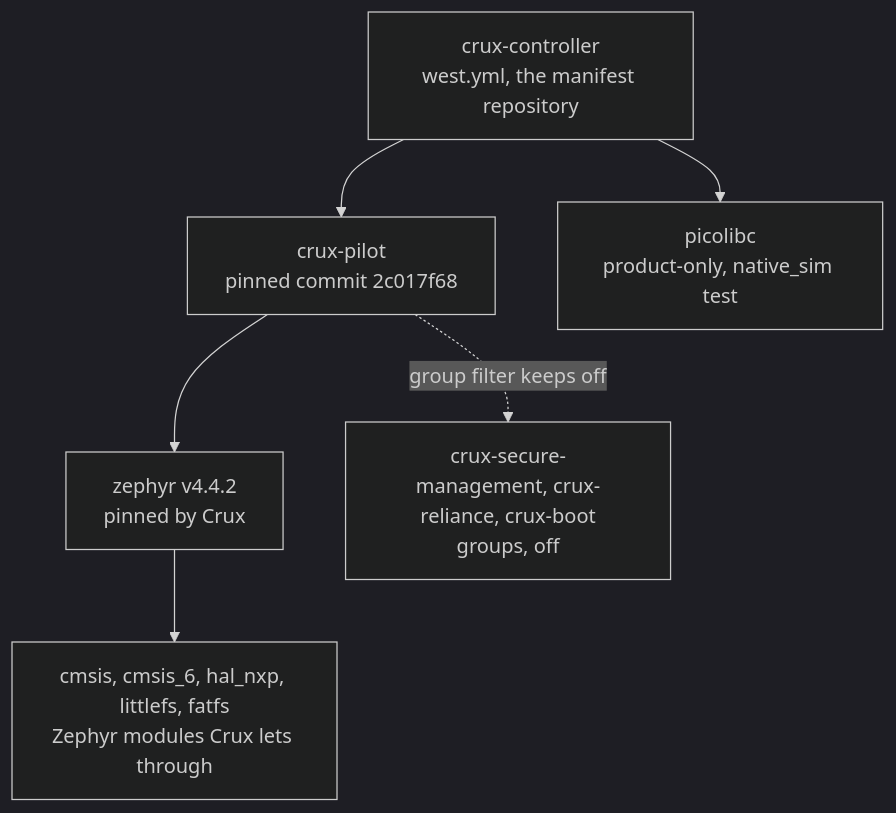
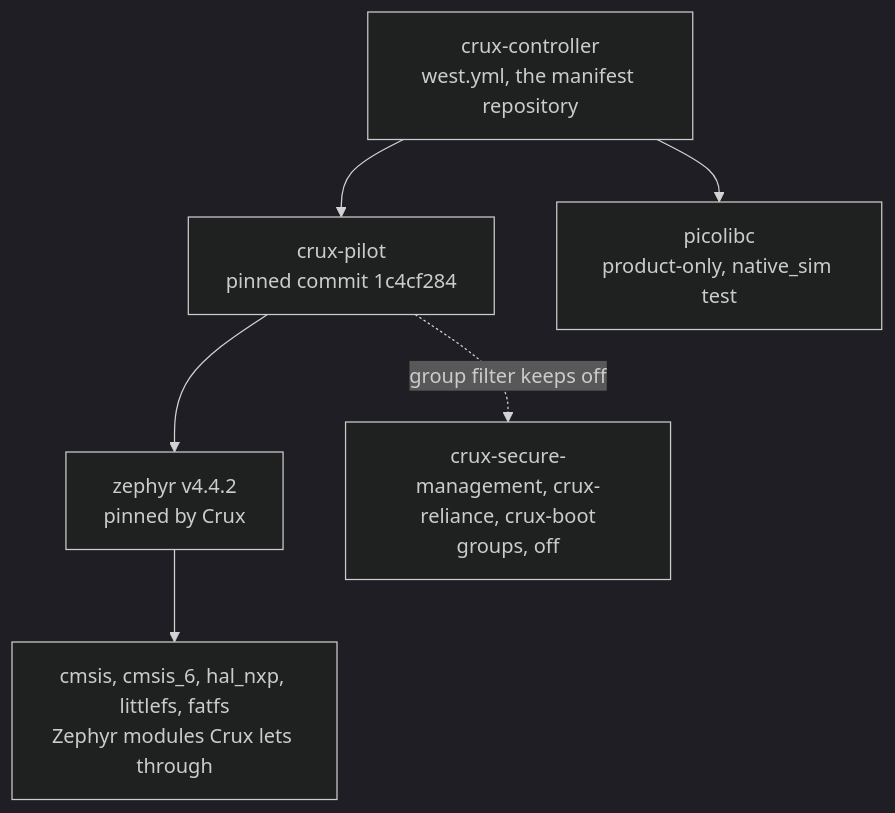
Before and after one commit to wonny-labs/crux-controller: the diagram in docs/dependencies.md, drawn with Mermaid (dark theme). The commit also changed other lines of this file and 13 other files, not shown here.

First line of the commit message:
build(west): move the crux-pilot pin to 1c4cf284

````diff
--- a/docs/dependencies.md
+++ b/docs/dependencies.md
@@ -16,14 +16,14 @@
 ```mermaid
 flowchart TD
     CC["crux-controller<br/>west.yml, the manifest repository"]
-    CP["crux-pilot<br/>pinned commit 2c017f68"]
+    CP["crux-pilot<br/>pinned commit 1c4cf284"]
     ZP["zephyr v4.4.2<br/>pinned by Crux"]
     MOD["cmsis, cmsis_6, hal_nxp, littlefs, fatfs<br/>Zephyr modules Crux lets through"]
     PL["picolibc<br/>product-only, native_sim test"]
     OFF["crux-secure-management, crux-reliance, crux-boot<br/>groups, off"]
     CC --> CP
     CC --> PL
     CP --> ZP
     ZP --> MOD
     CP -. "group filter keeps off" .-> OFF
 ```
````
